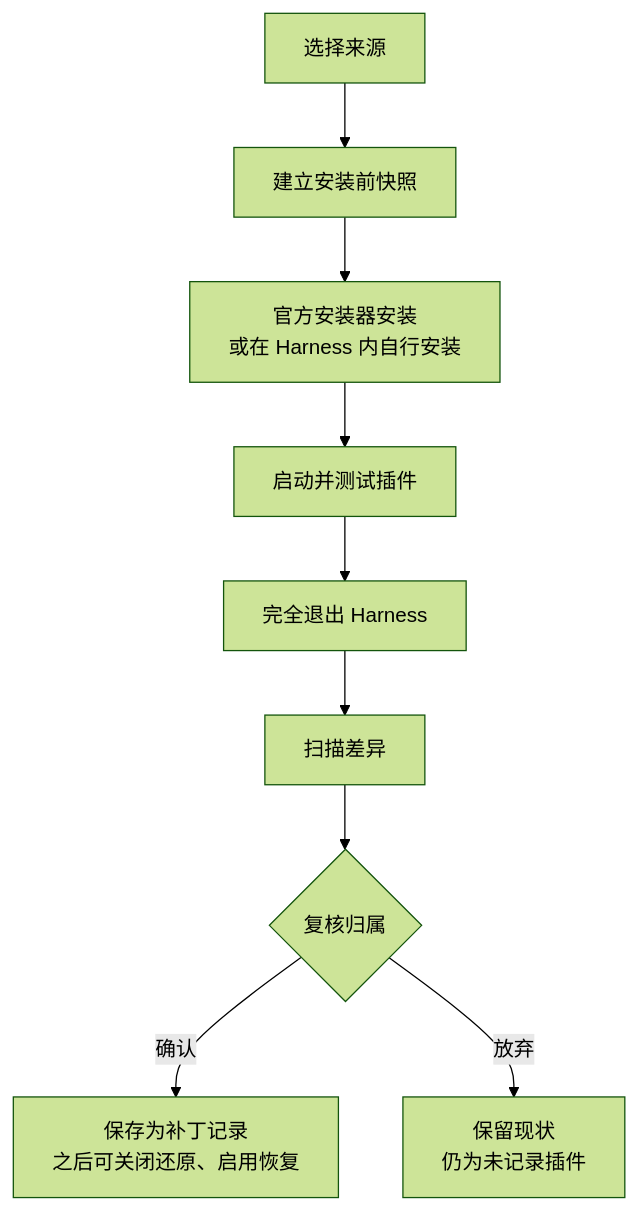
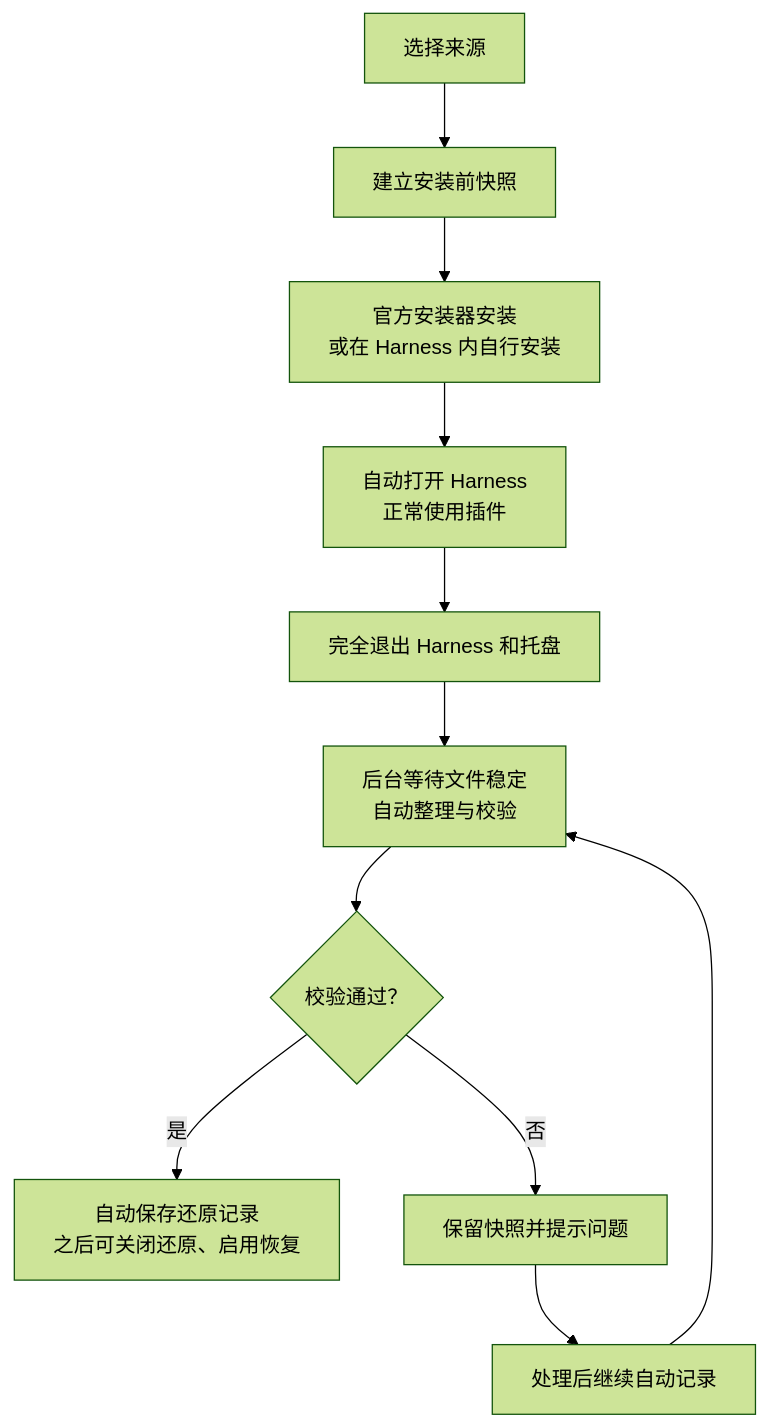
Before and after one commit to schrieeeffer/harness-launcher: the second of 2 diagrams in README.md, drawn with Mermaid (forest theme). The commit also changed other lines of this file and 26 other files, not shown here.

````diff
--- a/README.md
+++ b/README.md
@@ -423,11 +443,13 @@
 ```mermaid
 flowchart TD
     S[选择来源] --> B[建立安装前快照]
     B --> I[官方安装器安装<br/>或在 Harness 内自行安装]
-    I --> T[启动并测试插件]
-    T --> Q[完全退出 Harness]
-    Q --> D[扫描差异]
-    D --> R{复核归属}
-    R -- 确认 --> K[保存为补丁记录<br/>之后可关闭还原、启用恢复]
-    R -- 放弃 --> N[保留现状<br/>仍为未记录插件]
+    I --> T[自动打开 Harness<br/>正常使用插件]
+    T --> Q[完全退出 Harness 和托盘]
+    Q --> D[后台等待文件稳定<br/>自动整理与校验]
+    D --> R{校验通过？}
+    R -- 是 --> K[自动保存还原记录<br/>之后可关闭还原、启用恢复]
+    R -- 否 --> N[保留快照并提示问题]
+    N --> F[处理后继续自动记录]
+    F --> D
 ```
````
